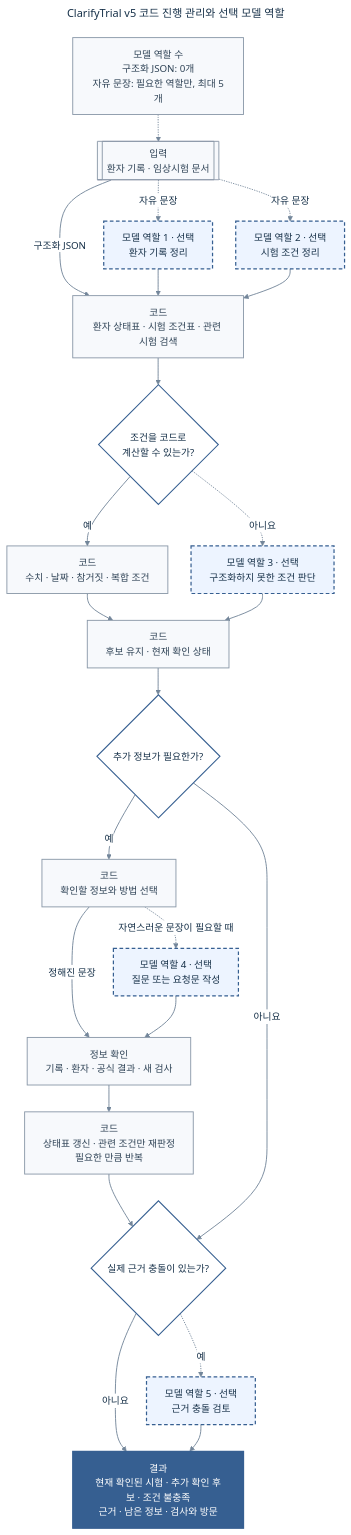
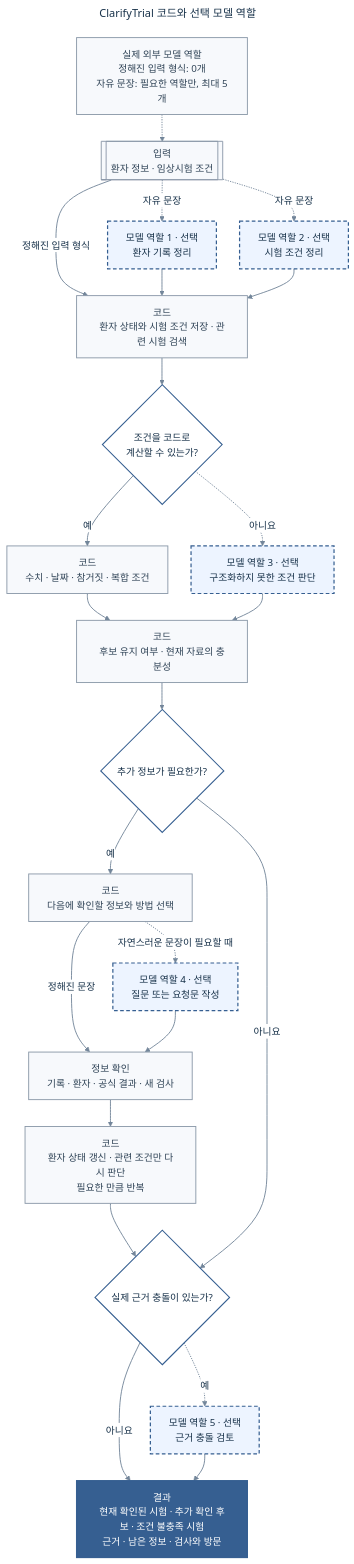
One commit to health-agent/Clarifytrial changed the diagram in docs/internal/diagrams/clarifytrial-performance-agent-architecture.mmd. Above: the diagram before and after it, drawn with Mermaid. The commit also changed 40 other files, not shown here.

Commit message:
docs: rewrite ClarifyTrial documentation for clarity

```diff
--- a/docs/internal/diagrams/clarifytrial-performance-agent-architecture.mmd
+++ b/docs/internal/diagrams/clarifytrial-performance-agent-architecture.mmd
@@ -1,71 +1,71 @@
 ---
-title: ClarifyTrial v5 코드 진행 관리와 선택 모델 역할
+title: ClarifyTrial 코드와 선택 모델 역할
 config:
   theme: base
   flowchart:
     curve: basis
     nodeSpacing: 38
     rankSpacing: 44
     wrappingWidth: 220
   themeVariables:
     background: '#ffffff'
     primaryTextColor: '#18324a'
     lineColor: '#73869a'
     edgeLabelBackground: '#ffffff'
     fontFamily: 'Pretendard, Noto Sans KR, Malgun Gothic, sans-serif'
 ---
 flowchart TB
-    N["모델 역할 수<br/>구조화 JSON: 0개<br/>자유 문장: 필요한 역할만, 최대 5개"]
-    I[["입력<br/>환자 기록 · 임상시험 문서"]]
+    N["실제 외부 모델 역할<br/>정해진 입력 형식: 0개<br/>자유 문장: 필요한 역할만, 최대 5개"]
+    I[["입력<br/>환자 정보 · 임상시험 조건"]]
     P1["모델 역할 1 · 선택<br/>환자 기록 정리"]
     P2["모델 역할 2 · 선택<br/>시험 조건 정리"]
-    S["코드<br/>환자 상태표 · 시험 조건표 · 관련 시험 검색"]
+    S["코드<br/>환자 상태와 시험 조건 저장 · 관련 시험 검색"]
 
     D{"조건을 코드로<br/>계산할 수 있는가?"}
     J1["코드<br/>수치 · 날짜 · 참거짓 · 복합 조건"]
     J2["모델 역할 3 · 선택<br/>구조화하지 못한 조건 판단"]
-    A["코드<br/>후보 유지 · 현재 확인 상태"]
+    A["코드<br/>후보 유지 여부 · 현재 자료의 충분성"]
 
     U{"추가 정보가 필요한가?"}
-    C["코드<br/>확인할 정보와 방법 선택"]
+    C["코드<br/>다음에 확인할 정보와 방법 선택"]
     Q["모델 역할 4 · 선택<br/>질문 또는 요청문 작성"]
     E["정보 확인<br/>기록 · 환자 · 공식 결과 · 새 검사"]
-    L["코드<br/>상태표 갱신 · 관련 조건만 재판정<br/>필요한 만큼 반복"]
+    L["코드<br/>환자 상태 갱신 · 관련 조건만 다시 판단<br/>필요한 만큼 반복"]
 
     R{"실제 근거 충돌이 있는가?"}
     V["모델 역할 5 · 선택<br/>근거 충돌 검토"]
-    O["결과<br/>현재 확인된 시험 · 추가 확인 후보 · 조건 불충족<br/>근거 · 남은 정보 · 검사와 방문"]
+    O["결과<br/>현재 확인된 시험 · 추가 확인 후보 · 조건 불충족 시험<br/>근거 · 남은 정보 · 검사와 방문"]
 
     N -.-> I
-    I -->|구조화 JSON| S
+    I -->|정해진 입력 형식| S
     I -.->|자유 문장| P1
     I -.->|자유 문장| P2
     P1 --> S
     P2 --> S
     S --> D
     D -->|예| J1
     D -.->|아니요| J2
     J1 --> A
     J2 --> A
     A --> U
     U -->|예| C
     C -.->|자연스러운 문장이 필요할 때| Q
     C -->|정해진 문장| E
     Q --> E
     E --> L
     L --> R
     U -->|아니요| R
     R -.->|예| V
     R -->|아니요| O
     V --> O
 
     classDef model fill:#edf4ff,stroke:#365f91,stroke-width:2px,stroke-dasharray:6 4,color:#18324a;
     classDef code fill:#f7f9fc,stroke:#8a98a8,stroke-width:1.5px,color:#304457;
     classDef decision fill:#ffffff,stroke:#365f91,stroke-width:1.8px,color:#18324a;
     classDef output fill:#365f91,stroke:#365f91,stroke-width:2px,color:#ffffff;
 
     class P1,P2,J2,Q,V model;
     class N,I,S,J1,A,C,E,L code;
     class D,U,R decision;
     class O output;
     linkStyle default stroke:#73869a,stroke-width:1.5px;
```
